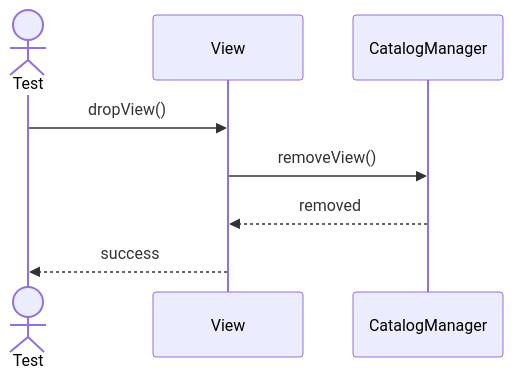
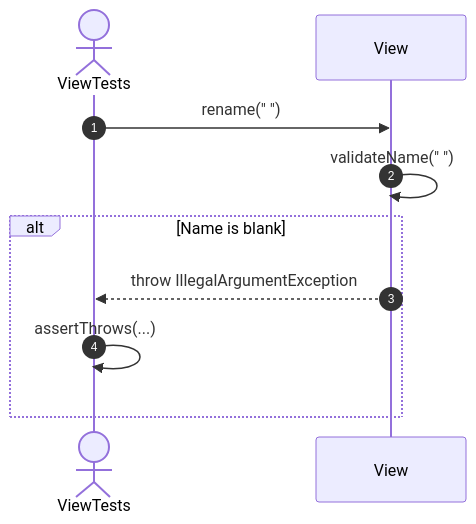
One commit to FhuAnn/-bbv-AN-s-DBMS changed the fifth of 21 diagrams in src/tests/unit/metadata/sequences/view-testing.se.md. Above: the diagram before and after it, drawn with Mermaid. The commit also changed other lines of this file and 60 other files, not shown here.

````diff
--- a/src/tests/unit/metadata/sequences/view-testing.se.md
+++ b/src/tests/unit/metadata/sequences/view-testing.se.md
@@ -71,11 +78,14 @@
 ```mermaid
 sequenceDiagram
-actor Test
-participant View
-participant CatalogManager
+    autonumber
+    actor Test as ViewTests
+    participant View as View
 
-Test->>View: dropView()
-View->>CatalogManager: removeView()
-CatalogManager-->>View: removed
-View-->>Test: success
+    Test->>View: rename(" ")
+    View->>View: validateName(" ")
+
+    alt Name is blank
+        View-->>Test: throw IllegalArgumentException
+        Test->>Test: assertThrows(...)
+    end
 ```
````
